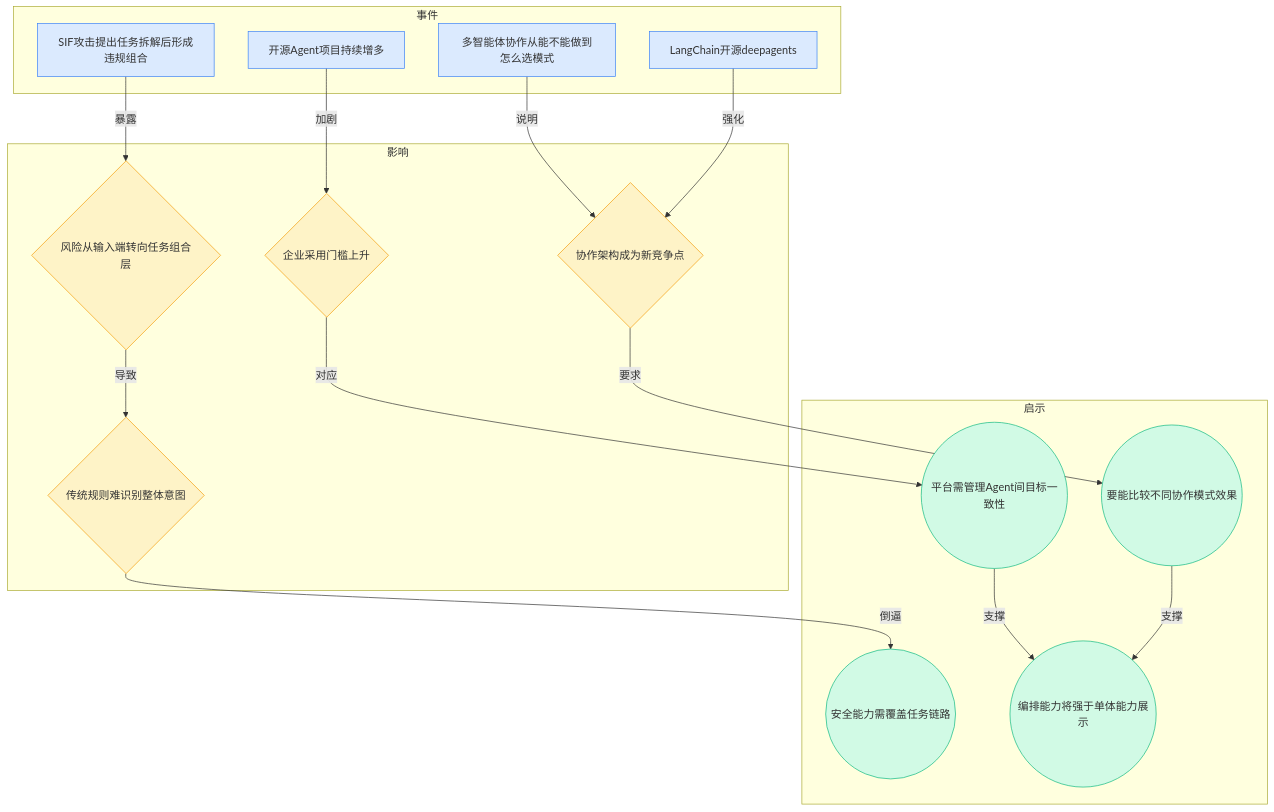
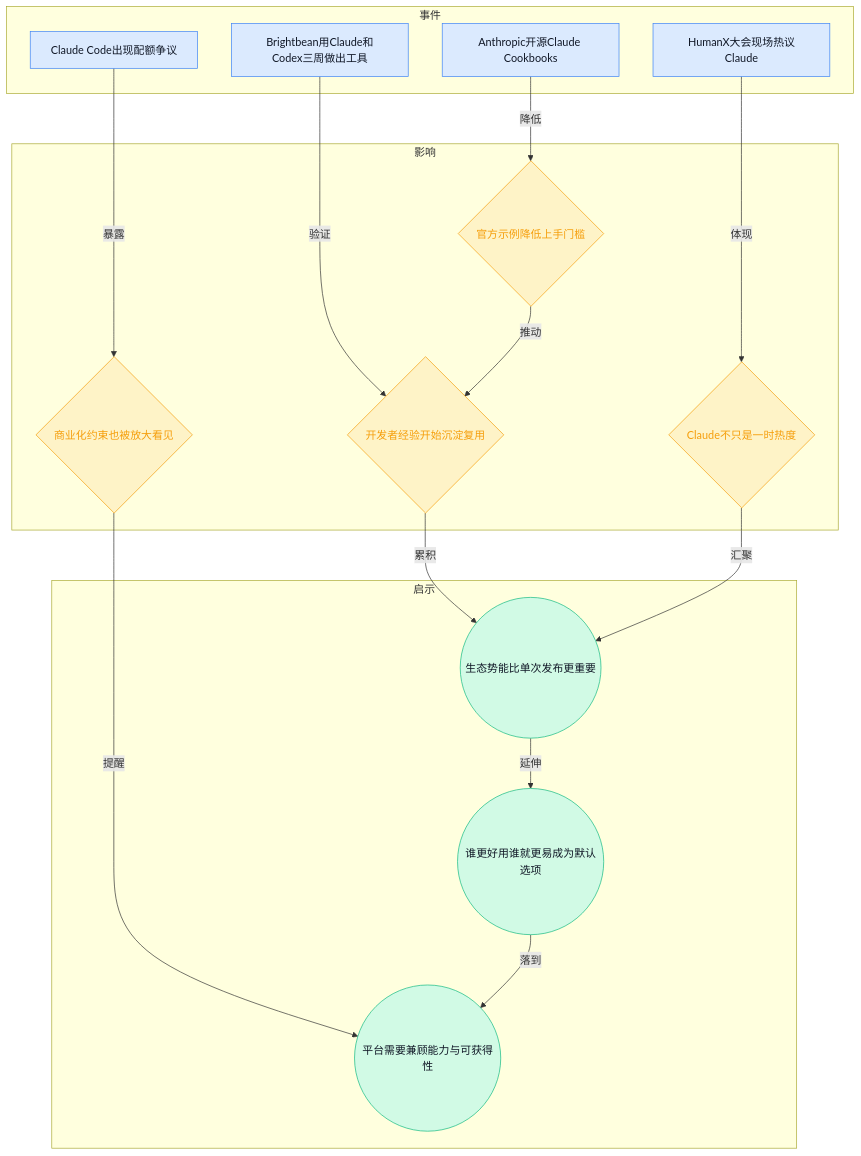
The fourth of 8 diagrams in content/cn/blog/weekly/2026-W16.md (ylzsdafei/ai-daily-site), drawn with Mermaid before and after one commit. The commit also changed other lines of this file and 1 other file, not shown here.

````diff
--- a/content/cn/blog/weekly/2026-W16.md
+++ b/content/cn/blog/weekly/2026-W16.md
@@ -101,37 +95,36 @@
 ```mermaid
 graph TD
 subgraph 事件
-A1[多智能体协作从能不能做到怎么选模式]
-A2[LangChain开源deepagents]
-A3[SIF攻击提出任务拆解后形成违规组合]
-A4[开源Agent项目持续增多]
+A[HumanX大会现场热议Claude]
+B[Anthropic开源Claude Cookbooks]
+C[Brightbean用Claude和Codex三周做出工具]
+D[Claude Code出现配额争议]
 end
 subgraph 影响
-B1{协作架构成为新竞争点}
-B2{风险从输入端转向任务组合层}
-B3{传统规则难识别整体意图}
-B4{企业采用门槛上升}
+E{Claude不只是一时热度}
+F{官方示例降低上手门槛}
+G{开发者经验开始沉淀复用}
+H{商业化约束也被放大看见}
 end
 subgraph 启示
-C1((平台需管理Agent间目标一致性))
-C2((要能比较不同协作模式效果))
-C3((安全能力需覆盖任务链路))
-C4((编排能力将强于单体能力展示))
+I((生态势能比单次发布更重要))
+J((谁更好用谁就更易成为默认选项))
+K((平台需要兼顾能力与可获得性))
 end
-A1 -->|说明| B1
-A2 -->|强化| B1
-A3 -->|暴露| B2
-B2 -->|导致| B3
-A4 -->|加剧| B4
-B1 -->|要求| C2
-B3 -->|倒逼| C3
-B4 -->|对应| C1
-C1 -->|支撑| C4
-C2 -->|支撑| C4
-classDef blue fill:#dbeafe,stroke:#3b82f6
-classDef yellow fill:#fef3c7,stroke:#f59e0b
-classDef green fill:#d1fae5,stroke:#10b981
-class A1,A2,A3,A4 blue
-class B1,B2,B3,B4 yellow
-class C1,C2,C3,C4 green
+A -->|体现| E
+B -->|降低| F
+C -->|验证| G
+D -->|暴露| H
+F -->|推动| G
+G -->|累积| I
+E -->|汇聚| I
+H -->|提醒| K
+I -->|延伸| J
+J -->|落到| K
+classDef blue fill:#dbeafe,stroke:#3b82f6,color:#111827
+classDef yellow fill:#fef3c7,stroke:#f59e0b,color:#f59e0b
+classDef green fill:#d1fae5,stroke:#10b981,color:#111827
+class A,B,C,D blue
+class E,F,G,H yellow
+class I,J,K green
 ```
````
